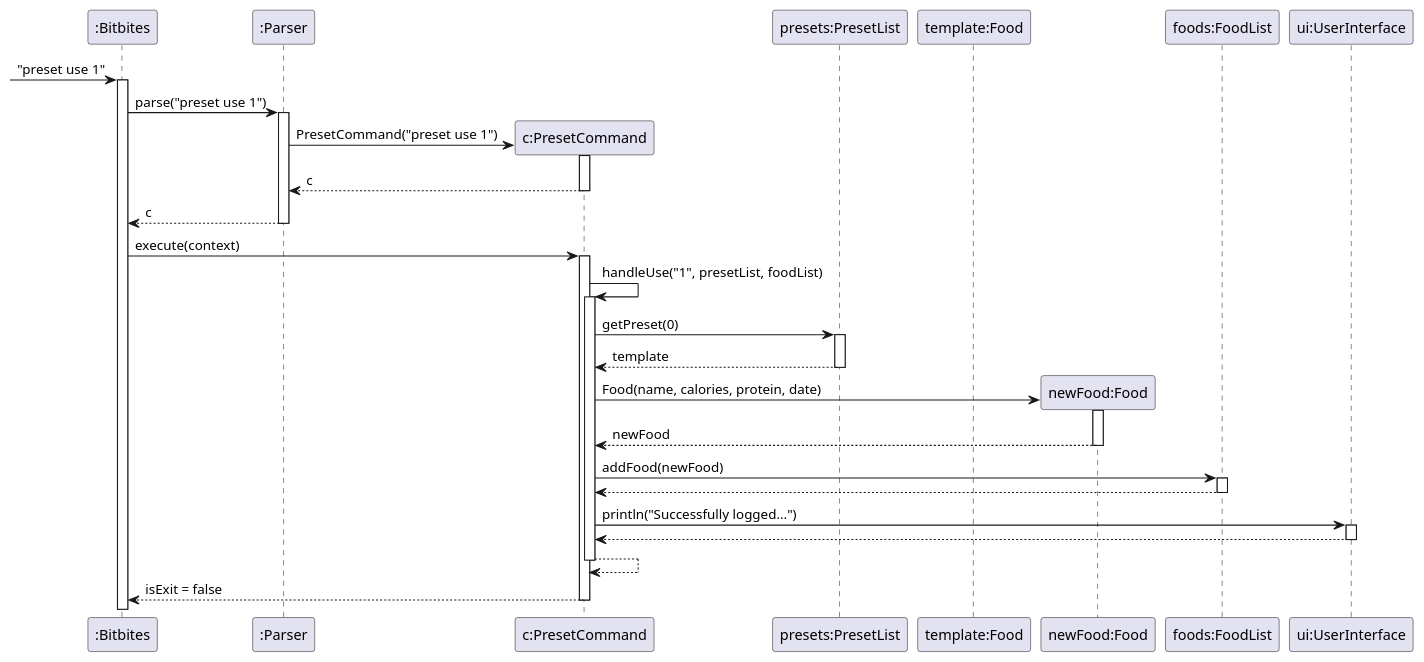
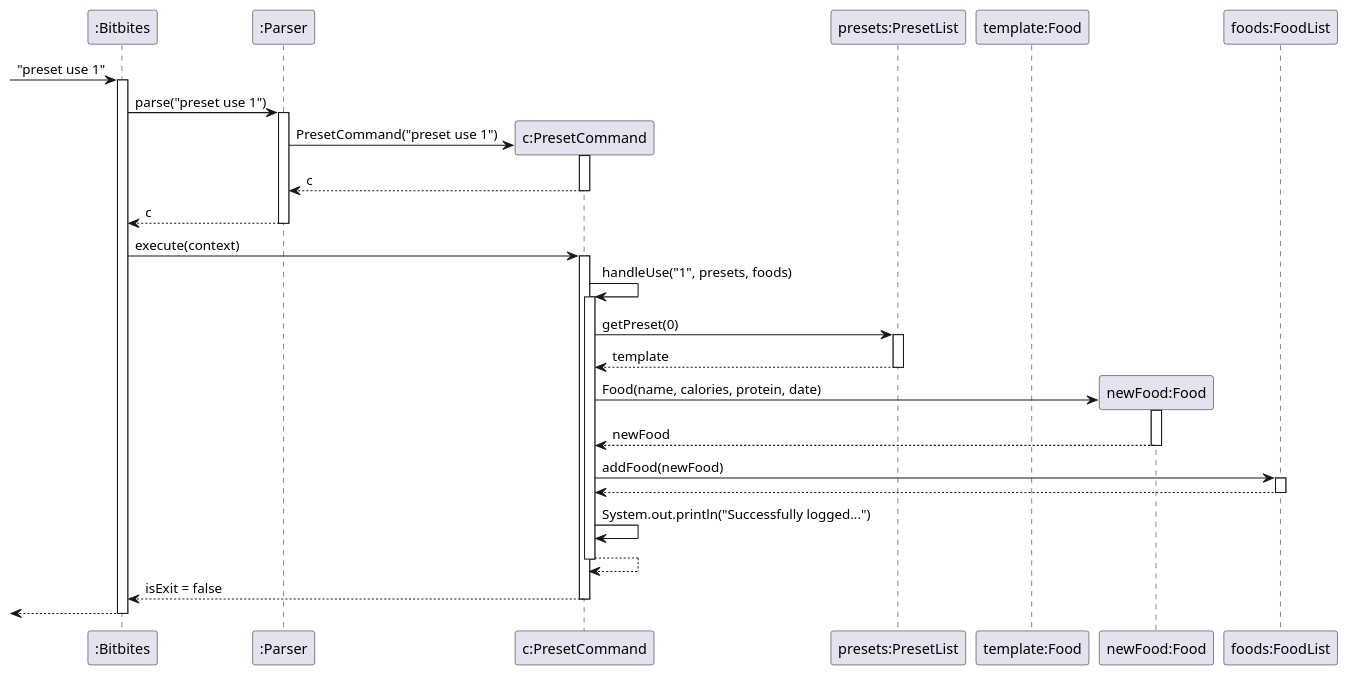
Before and after one commit to AY2526S2-CS2113-F14-2/tp: the diagram in docs/uml/presetUse.puml, drawn with PlantUML. The commit also changed 7 other files, not shown here.

Commit message:
Update UML diagrams

```diff
--- a/docs/uml/presetUse.puml
+++ b/docs/uml/presetUse.puml
@@ -1,63 +1,60 @@
 @startuml
 skinparam ArrowFontStyle normal
 
 participant ":Bitbites" as Bitbites
 participant ":Parser" as Parser
 participant "c:PresetCommand" as PresetCommand
 
 participant "presets:PresetList" as PresetList
 participant "template:Food" as TemplateFood
 participant "newFood:Food" as NewFood
 participant "foods:FoodList" as FoodList
-
-participant "ui:UserInterface" as Ui
 
 -> Bitbites : "preset use 1"
 activate Bitbites
 
 Bitbites -> Parser : parse("preset use 1")
 activate Parser
 
 create PresetCommand
 Parser -> PresetCommand : PresetCommand("preset use 1")
 activate PresetCommand
 PresetCommand --> Parser : c
 deactivate PresetCommand
 
 Parser --> Bitbites : c
 deactivate Parser
 
 Bitbites -> PresetCommand : execute(context)
 activate PresetCommand
 
-PresetCommand -> PresetCommand : handleUse("1", presetList, foodList)
+PresetCommand -> PresetCommand : handleUse("1", presets, foods)
 activate PresetCommand
 
 PresetCommand -> PresetList : getPreset(0)
 activate PresetList
 PresetList --> PresetCommand : template
 deactivate PresetList
 
 create NewFood
 PresetCommand -> NewFood : Food(name, calories, protein, date)
 activate NewFood
 NewFood --> PresetCommand : newFood
 deactivate NewFood
 
 PresetCommand -> FoodList : addFood(newFood)
 activate FoodList
 FoodList --> PresetCommand
 deactivate FoodList
 
-PresetCommand -> Ui : println("Successfully logged...")
-activate Ui
-Ui --> PresetCommand
-deactivate Ui
+PresetCommand -> PresetCommand : System.out.println("Successfully logged...")
 
 PresetCommand --> PresetCommand
 deactivate PresetCommand
 
 PresetCommand --> Bitbites : isExit = false
 deactivate PresetCommand
 
+<-- Bitbites
+deactivate Bitbites
 @enduml
```
